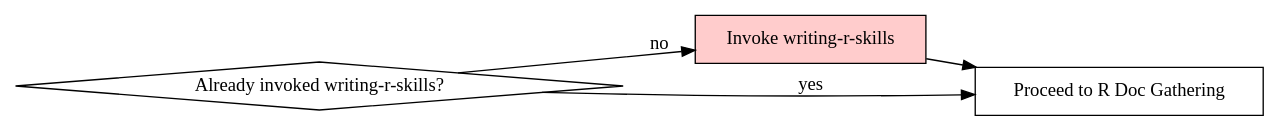
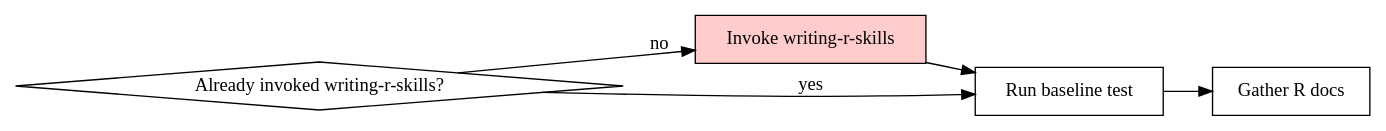
The diagram in skills/r-package-skill/SKILL.md (arthurgailes/awesome-r-skills), drawn with Graphviz before and after one commit. The commit also changed other lines of this file, not shown here.

````diff
--- a/skills/r-package-skill/SKILL.md
+++ b/skills/r-package-skill/SKILL.md
@@ -20,12 +36,14 @@
 ```dot
 digraph r_package_skill_entry {
     rankdir=LR;
     "Already invoked writing-r-skills?" [shape=diamond];
     "Invoke writing-r-skills" [shape=box, style=filled, fillcolor="#ffcccc"];
-    "Proceed to R Doc Gathering" [shape=box];
+    "Run baseline test" [shape=box];
+    "Gather R docs" [shape=box];
 
     "Already invoked writing-r-skills?" -> "Invoke writing-r-skills" [label="no"];
-    "Already invoked writing-r-skills?" -> "Proceed to R Doc Gathering" [label="yes"];
-    "Invoke writing-r-skills" -> "Proceed to R Doc Gathering";
+    "Already invoked writing-r-skills?" -> "Run baseline test" [label="yes"];
+    "Invoke writing-r-skills" -> "Run baseline test";
+    "Run baseline test" -> "Gather R docs";
 }
 ```
````
